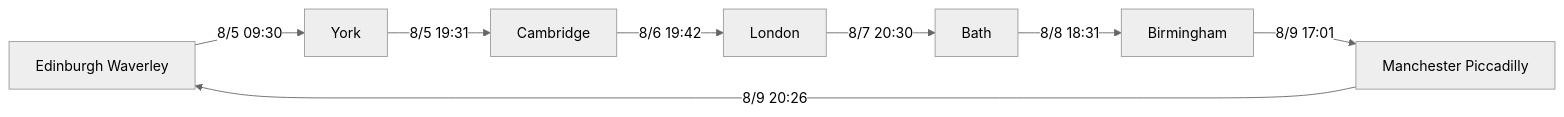
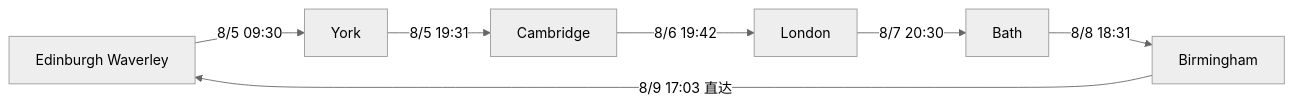
One commit to huangning-ring/obsidian-vault changed the diagram in 个人/2026-08-05至09 英格兰五城低价铁路游.md. Above: the diagram before and after it, drawn with Mermaid (neutral theme). The commit also changed other lines of this file and 1 other file, not shown here.

````diff
--- a/个人/2026-08-05至09 英格兰五城低价铁路游.md
+++ b/个人/2026-08-05至09 英格兰五城低价铁路游.md
@@ -40,10 +34,9 @@
 ```mermaid
 flowchart LR
     E[Edinburgh Waverley] -->|8/5 09:30| Y[York]
     Y -->|8/5 19:31| C[Cambridge]
     C -->|8/6 19:42| L[London]
     L -->|8/7 20:30| B[Bath]
     B -->|8/8 18:31| H[Birmingham]
-    H -->|8/9 17:01| M[Manchester Piccadilly]
-    M -->|8/9 20:26| E
+    H -->|8/9 17:03 直达| E
 ```
````
